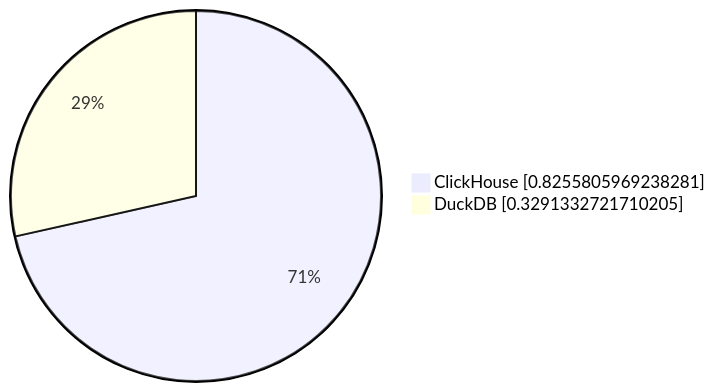
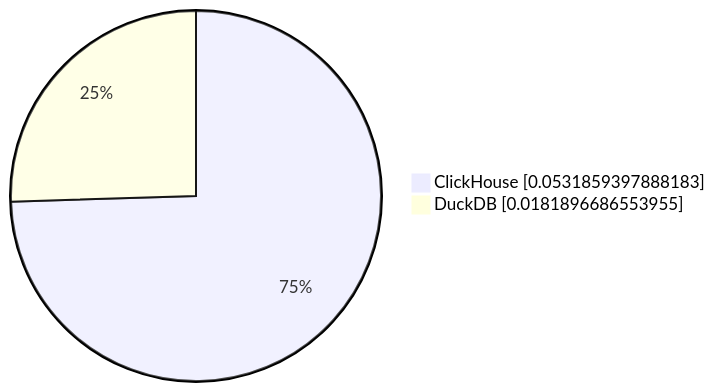
One commit to Altinity/clickhouse-regression changed the sixth of 10 diagrams in parquet/performance/results/README.md. Above: the diagram before and after it, drawn with Mermaid. The commit also changed other lines of this file, not shown here.

````diff
--- a/parquet/performance/results/README.md
+++ b/parquet/performance/results/README.md
@@ -60,5 +60,5 @@
 ```mermaid
      pie showData
-         "ClickHouse" : 0.8255805969238281
-         "DuckDB" : 0.3291332721710205
+         "ClickHouse" : 0.0531859397888183
+         "DuckDB" : 0.0181896686553955
 ```
````
